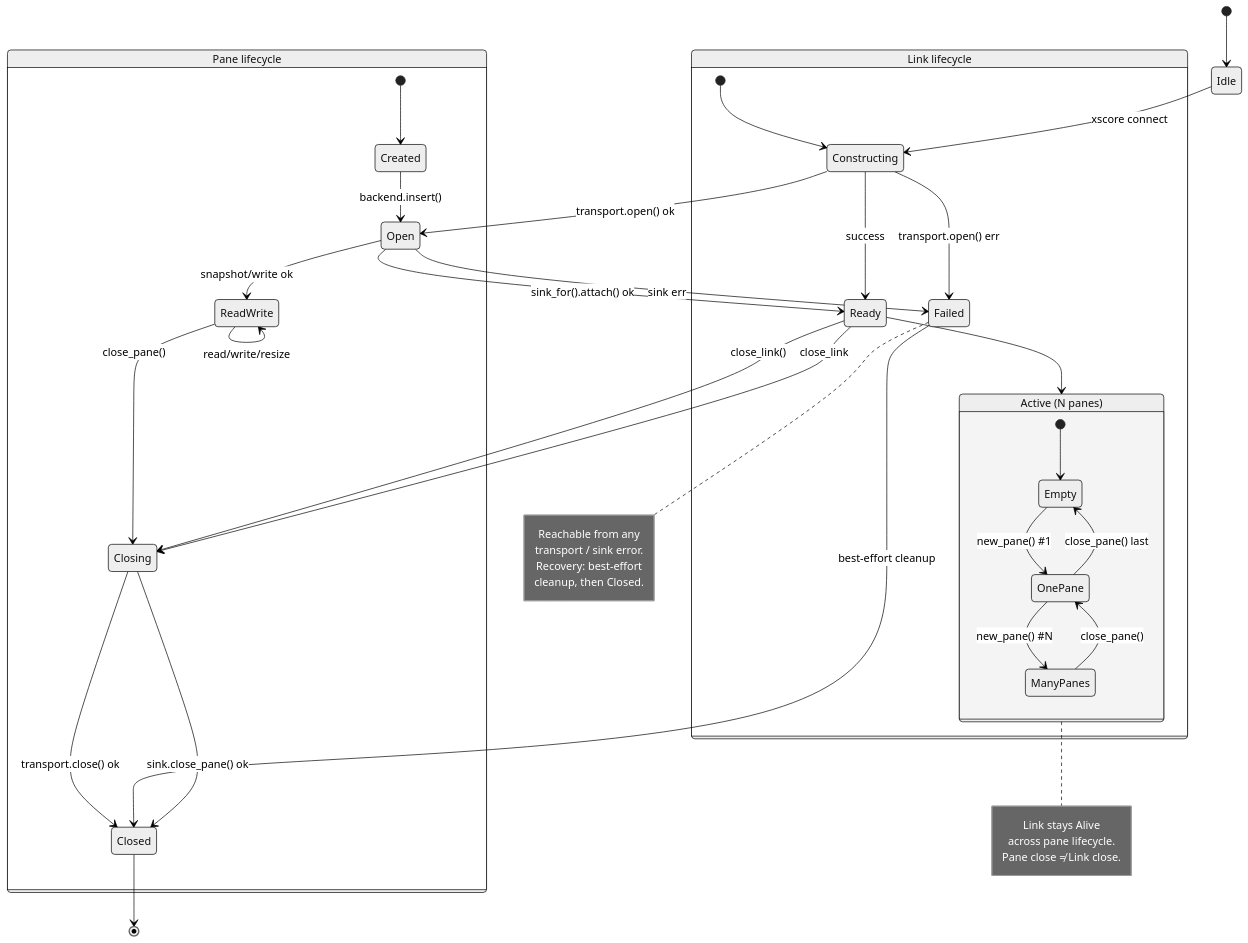
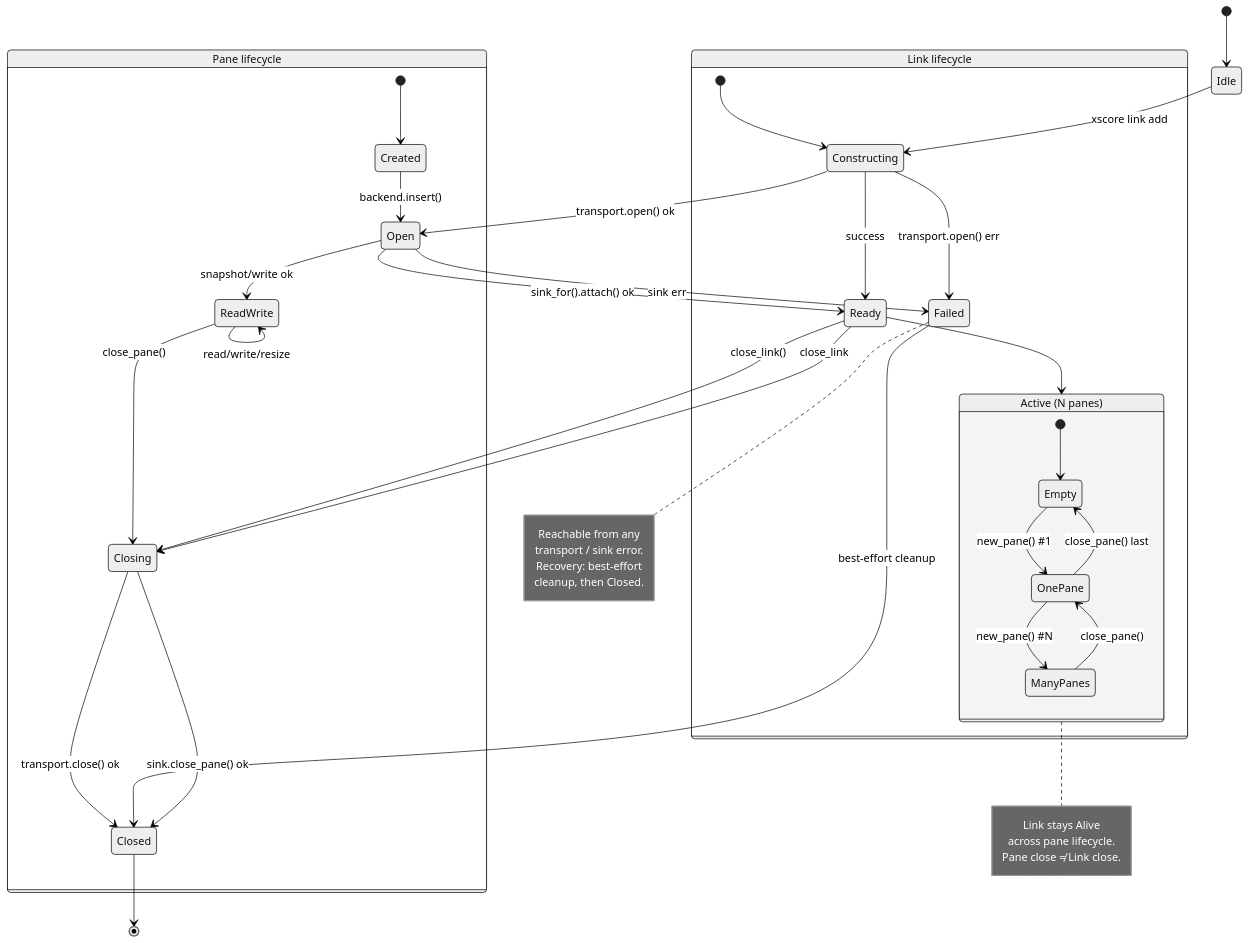
The diagram in doc/dev/architecture/diagrams/lifecycle.mmd (xiaoshan1234/xscore), drawn with Mermaid (neutral theme) before and after one commit. The commit also changed 14 other files, not shown here.

```diff
--- a/doc/dev/architecture/diagrams/lifecycle.mmd
+++ b/doc/dev/architecture/diagrams/lifecycle.mmd
@@ -1,49 +1,49 @@
 stateDiagram-v2
     [*] --> Idle
 
     state "Link lifecycle" as LL {
         [*] --> Constructing
         Constructing --> Open: transport.open() ok
         Constructing --> Failed: transport.open() err
         Open --> Ready: sink_for().attach() ok
         Open --> Failed: sink err
         Ready --> Closing: close_link()
         Closing --> Closed: transport.close() ok
         Failed --> Closed: best-effort cleanup
 
         state "Active (N panes)" as Active {
             [*] --> Empty
             Empty --> OnePane: new_pane() #1
             OnePane --> ManyPanes: new_pane() #N
             ManyPanes --> OnePane: close_pane()
             OnePane --> Empty: close_pane() last
         }
     }
 
     state "Pane lifecycle" as PL {
         [*] --> Created
         Created --> Open: backend.insert()
         Open --> ReadWrite: snapshot/write ok
         ReadWrite --> ReadWrite: read/write/resize
         ReadWrite --> Closing: close_pane()
         Closing --> Closed: sink.close_pane() ok
     }
 
-    Idle --> Constructing: xscore connect
+    Idle --> Constructing: xscore link add
     Constructing --> Ready: success
     Ready --> Active
     Ready --> Closing: close_link
     Closed --> [*]
 
     note right of Active
         Link stays Alive
         across pane lifecycle.
         Pane close ≠ Link close.
     end note
 
     note right of Failed
         Reachable from any
         transport / sink error.
         Recovery: best-effort
         cleanup, then Closed.
     end note
```
